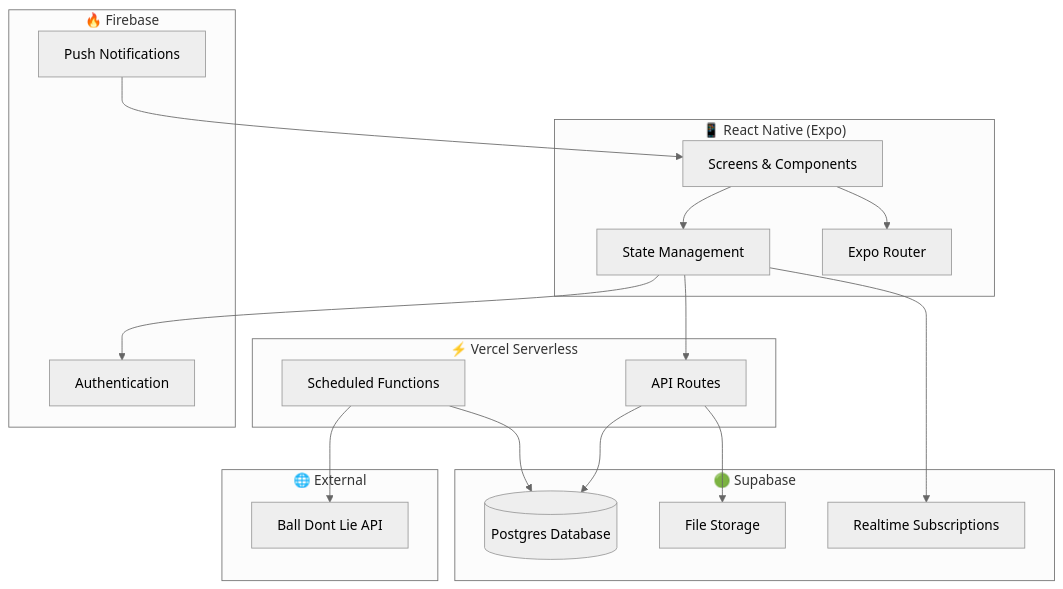
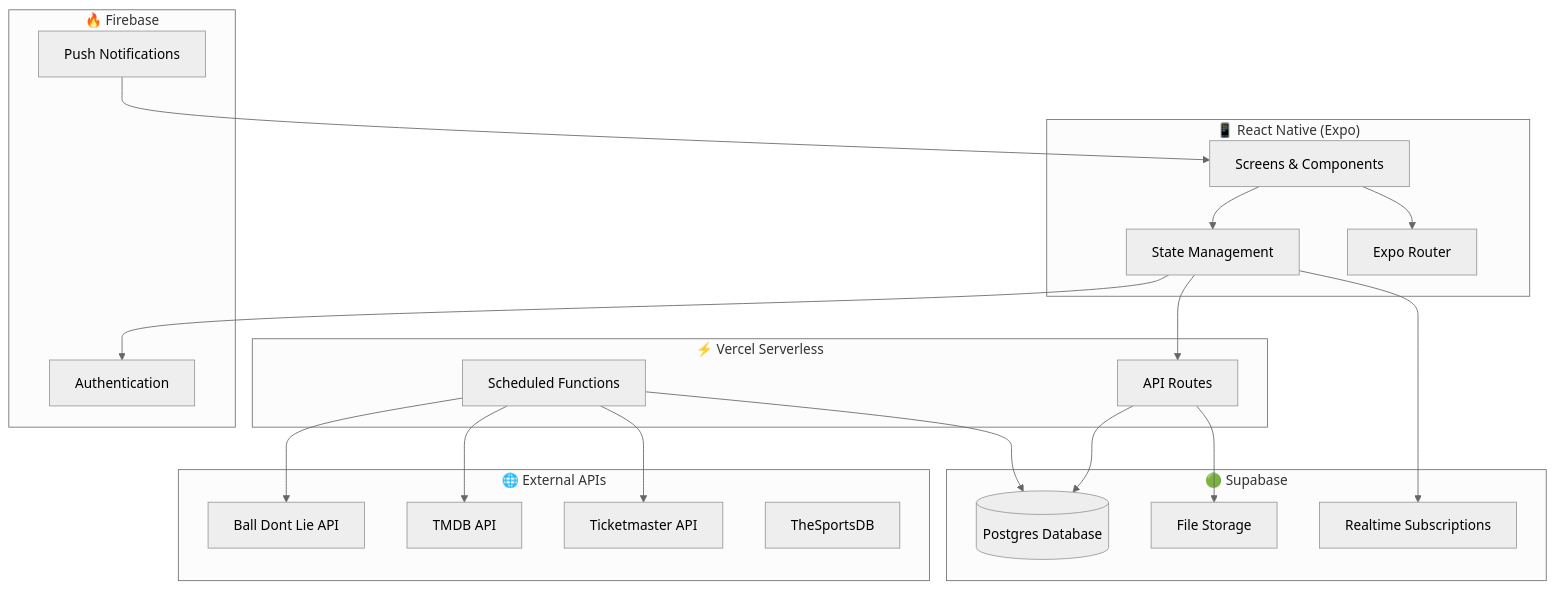
Before and after one commit to jonahr4/LogIt: the diagram in docs/TECH_STACK.md, drawn with Mermaid (neutral theme). The commit also changed other lines of this file and 7 other files, not shown here.

Commit message:
finetuned documentation and schemas for scalablity

````diff
--- a/docs/TECH_STACK.md
+++ b/docs/TECH_STACK.md
@@ -34,39 +38,44 @@
 ```mermaid
 graph TB
     subgraph Client["📱 React Native (Expo)"]
         UI[Screens & Components]
         State[State Management]
         Nav[Expo Router]
     end
 
     subgraph Vercel["⚡ Vercel Serverless"]
         API[API Routes]
         Cron[Scheduled Functions]
     end
 
     subgraph Supabase["🟢 Supabase"]
         DB[(Postgres Database)]
         Storage[File Storage]
         Realtime[Realtime Subscriptions]
     end
 
     subgraph Firebase["🔥 Firebase"]
         Auth[Authentication]
         Push[Push Notifications]
     end
 
-    subgraph External["🌐 External"]
+    subgraph External["🌐 External APIs"]
         SportsAPI[Ball Dont Lie API]
+        TMDB[TMDB API]
+        Ticketmaster[Ticketmaster API]
+        TheSportsDB[TheSportsDB]
     end
 
     UI --> State
     UI --> Nav
     State --> API
     State --> Auth
     State --> Realtime
     API --> DB
     API --> Storage
     Cron --> SportsAPI
+    Cron --> TMDB
+    Cron --> Ticketmaster
     Cron --> DB
     Push --> UI
 ```
````
